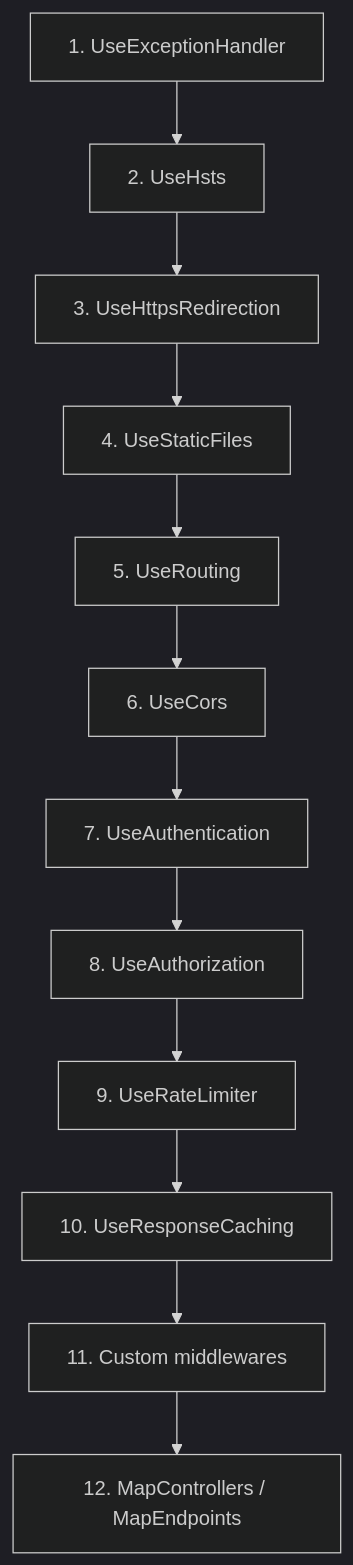
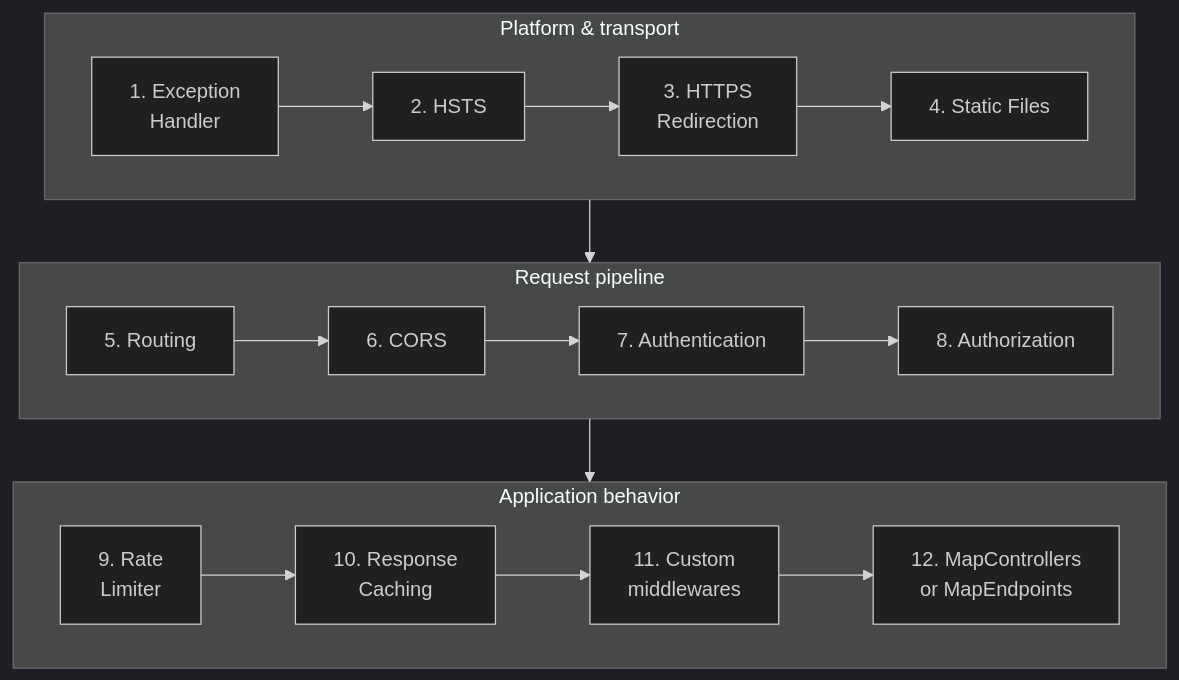
The second of 3 diagrams in talks/lightning/Middlewares in ASP.NET Core/presentation.md (davidkaya/blog), drawn with Mermaid (dark theme) before and after one commit. The commit also changed other lines of this file, not shown here.

Commit message:
fix: simplify middleware talk mermaid diagrams

```diff
--- a/talks/lightning/Middlewares in ASP.NET Core/presentation.md
+++ b/talks/lightning/Middlewares in ASP.NET Core/presentation.md
@@ -274,14 +272,20 @@
 <div class="mermaid">
-flowchart TD
-    A["1. UseExceptionHandler"] --> B["2. UseHsts"]
-    B --> C["3. UseHttpsRedirection"]
-    C --> D["4. UseStaticFiles"]
-    D --> E["5. UseRouting"]
-    E --> F["6. UseCors"]
-    F --> G["7. UseAuthentication"]
-    G --> H["8. UseAuthorization"]
-    H --> I["9. UseRateLimiter"]
-    I --> J["10. UseResponseCaching"]
-    J --> K["11. Custom middlewares"]
-    K --> L["12. MapControllers / MapEndpoints"]
+flowchart TB
+    subgraph Platform["Platform & transport"]
+        direction LR
+        A["1. Exception<br>Handler"] --> B["2. HSTS"] --> C["3. HTTPS<br>Redirection"] --> D["4. Static Files"]
+    end
+
+    subgraph Pipeline["Request pipeline"]
+        direction LR
+        E["5. Routing"] --> F["6. CORS"] --> G["7. Authentication"] --> H["8. Authorization"]
+    end
+
+    subgraph App["Application behavior"]
+        direction LR
+        I["9. Rate<br>Limiter"] --> J["10. Response<br>Caching"] --> K["11. Custom<br>middlewares"] --> L["12. MapControllers<br>or MapEndpoints"]
+    end
+
+    D --> E
+    H --> I
 </div>
```
